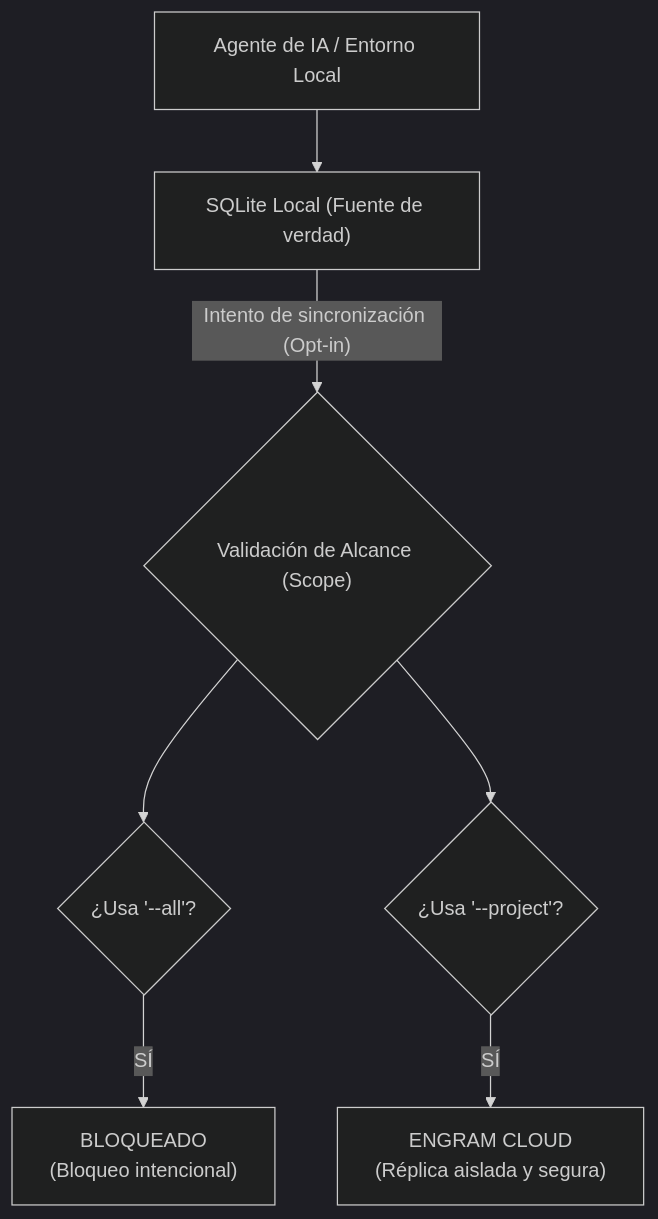
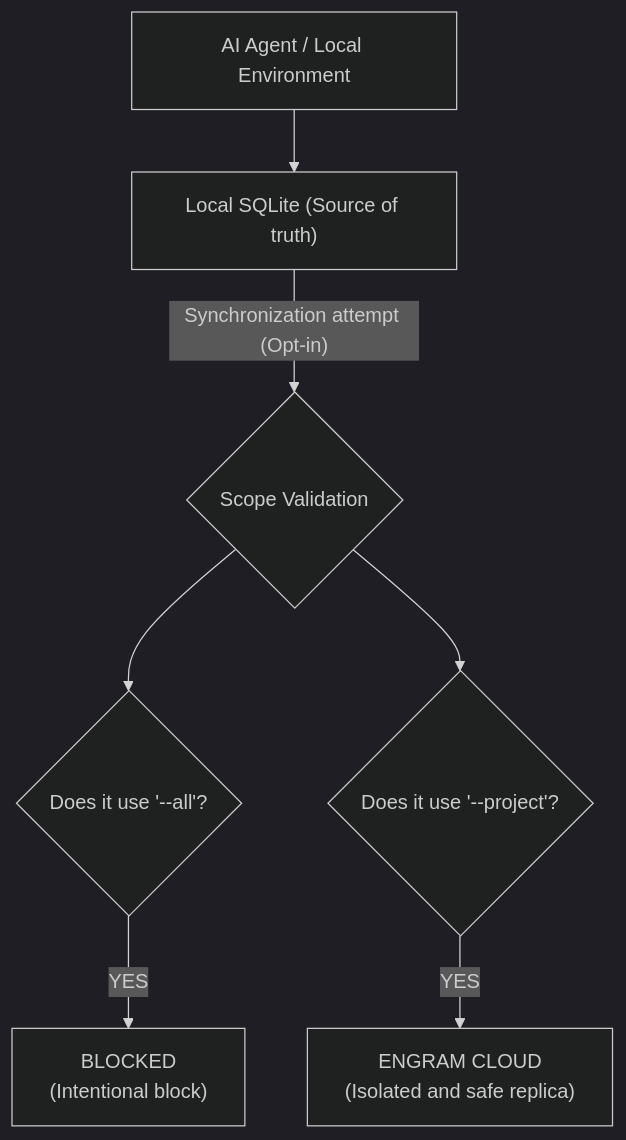
The diagram in docs/architecture/engram-cloud.md (Saez520/flowtask), drawn with Mermaid (dark theme) before and after one commit. The commit also changed other lines of this file and 57 other files, not shown here.

````diff
--- a/docs/architecture/engram-cloud.md
+++ b/docs/architecture/engram-cloud.md
@@ -5,17 +5,17 @@
 ```mermaid
 flowchart TD
-    AGENTE["Agente de IA / Entorno Local"]
-    SQLITE["SQLite Local (Fuente de verdad)"]
-    SCOPE{"Validación de Alcance (Scope)"}
-    ALL{"¿Usa '--all'?"}
-    PROJECT{"¿Usa '--project'?"}
-    BLOQUEADO["BLOQUEADO<br/>(Bloqueo intencional)"]
-    CLOUD["ENGRAM CLOUD<br/>(Réplica aislada y segura)"]
+    AGENTE["AI Agent / Local Environment"]
+    SQLITE["Local SQLite (Source of truth)"]
+    SCOPE{"Scope Validation"}
+    ALL{"Does it use '--all'?"}
+    PROJECT{"Does it use '--project'?"}
+    BLOQUEADO["BLOCKED<br/>(Intentional block)"]
+    CLOUD["ENGRAM CLOUD<br/>(Isolated and safe replica)"]
 
     AGENTE --> SQLITE
-    SQLITE -->|"Intento de sincronización (Opt-in)"| SCOPE
+    SQLITE -->|"Synchronization attempt (Opt-in)"| SCOPE
     SCOPE --> ALL
     SCOPE --> PROJECT
-    ALL -->|"SÍ"| BLOQUEADO
-    PROJECT -->|"SÍ"| CLOUD
+    ALL -->|"YES"| BLOQUEADO
+    PROJECT -->|"YES"| CLOUD
 ```
````
